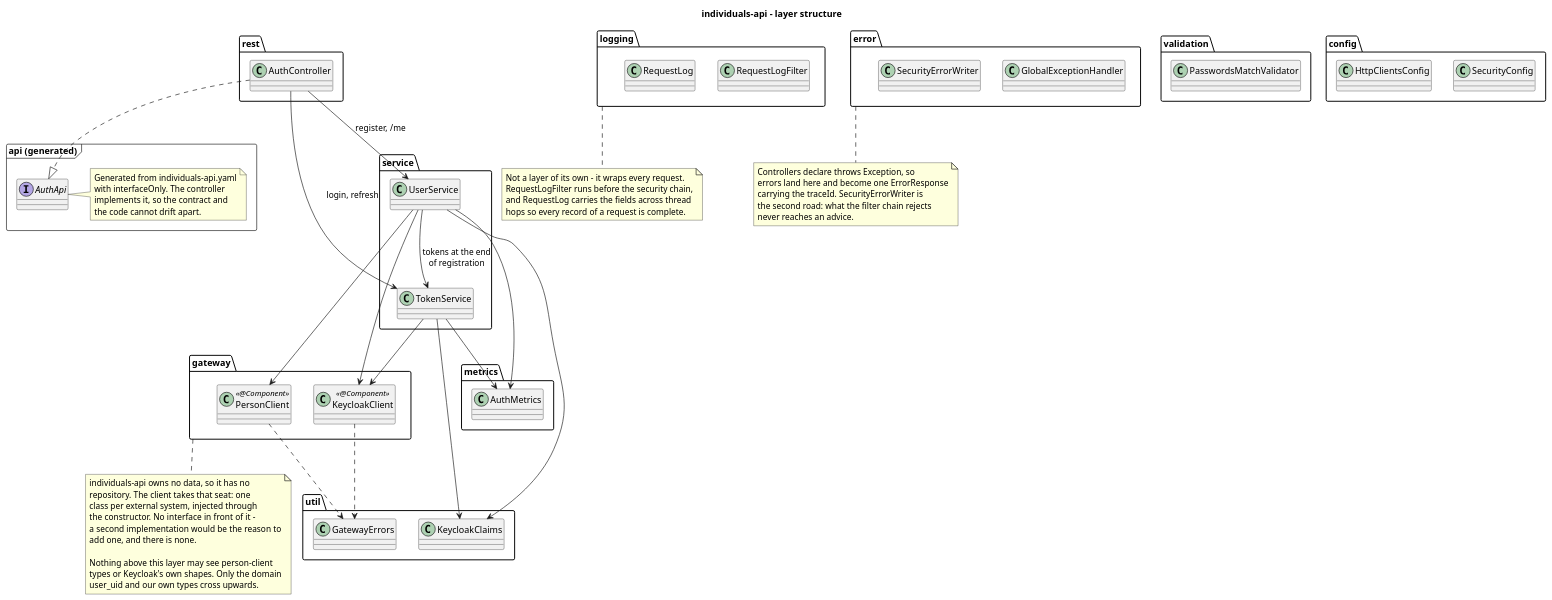
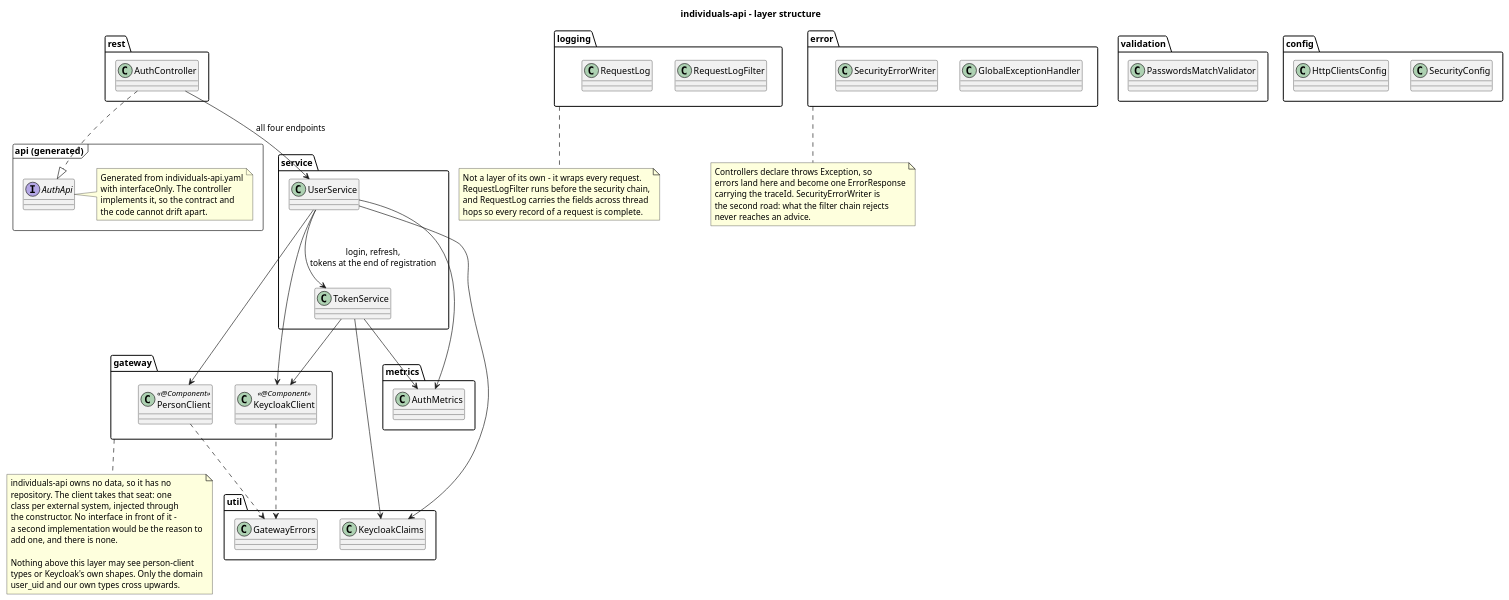
The diagram in docs/puml-diagrams/layers.puml (dezxxx/payment-platform), drawn with PlantUML before and after one commit. The commit also changed 6 other files, not shown here.

Commit message:
refactor: route login and refresh through UserService, as on the component diagram

```diff
--- a/docs/puml-diagrams/layers.puml
+++ b/docs/puml-diagrams/layers.puml
@@ -1,104 +1,103 @@
 @startuml layers
 title individuals-api - layer structure
 
 skinparam shadowing false
 skinparam classAttributeIconSize 0
 
 package "api (generated)" <<Frame>> {
   interface AuthApi
   note right of AuthApi
     Generated from individuals-api.yaml
     with interfaceOnly. The controller
     implements it, so the contract and
     the code cannot drift apart.
   end note
 }
 
 package rest {
   class AuthController
 }
 
 package service {
   class UserService
   class TokenService
 }
 
 package gateway {
   class PersonClient <<@Component>>
   class KeycloakClient <<@Component>>
 }
 
 package validation {
   class PasswordsMatchValidator
 }
 
 package error {
   class GlobalExceptionHandler
   class SecurityErrorWriter
 }
 
 package logging {
   class RequestLogFilter
   class RequestLog
 }
 
 package config {
   class SecurityConfig
   class HttpClientsConfig
 }
 
 package util {
   class KeycloakClaims
   class GatewayErrors
 }
 
 package metrics {
   class AuthMetrics
 }
 
 AuthController ..|> AuthApi
-AuthController --> UserService : register, /me
-AuthController --> TokenService : login, refresh
+AuthController --> UserService : all four endpoints
 
 UserService --> PersonClient
 UserService --> KeycloakClient
-UserService --> TokenService : tokens at the end\nof registration
+UserService --> TokenService : login, refresh,\ntokens at the end of registration
 TokenService --> KeycloakClient
 
 UserService --> AuthMetrics
 TokenService --> AuthMetrics
 UserService --> KeycloakClaims
 TokenService --> KeycloakClaims
 
 PersonClient ..> GatewayErrors
 KeycloakClient ..> GatewayErrors
 
 note bottom of gateway
   individuals-api owns no data, so it has no
   repository. The client takes that seat: one
   class per external system, injected through
   the constructor. No interface in front of it -
   a second implementation would be the reason to
   add one, and there is none.
 
   Nothing above this layer may see person-client
   types or Keycloak's own shapes. Only the domain
   user_uid and our own types cross upwards.
 end note
 
 note bottom of logging
   Not a layer of its own - it wraps every request.
   RequestLogFilter runs before the security chain,
   and RequestLog carries the fields across thread
   hops so every record of a request is complete.
 end note
 
 note bottom of error
   Controllers declare throws Exception, so
   errors land here and become one ErrorResponse
   carrying the traceId. SecurityErrorWriter is
   the second road: what the filter chain rejects
   never reaches an advice.
 end note
 
 @enduml
```
